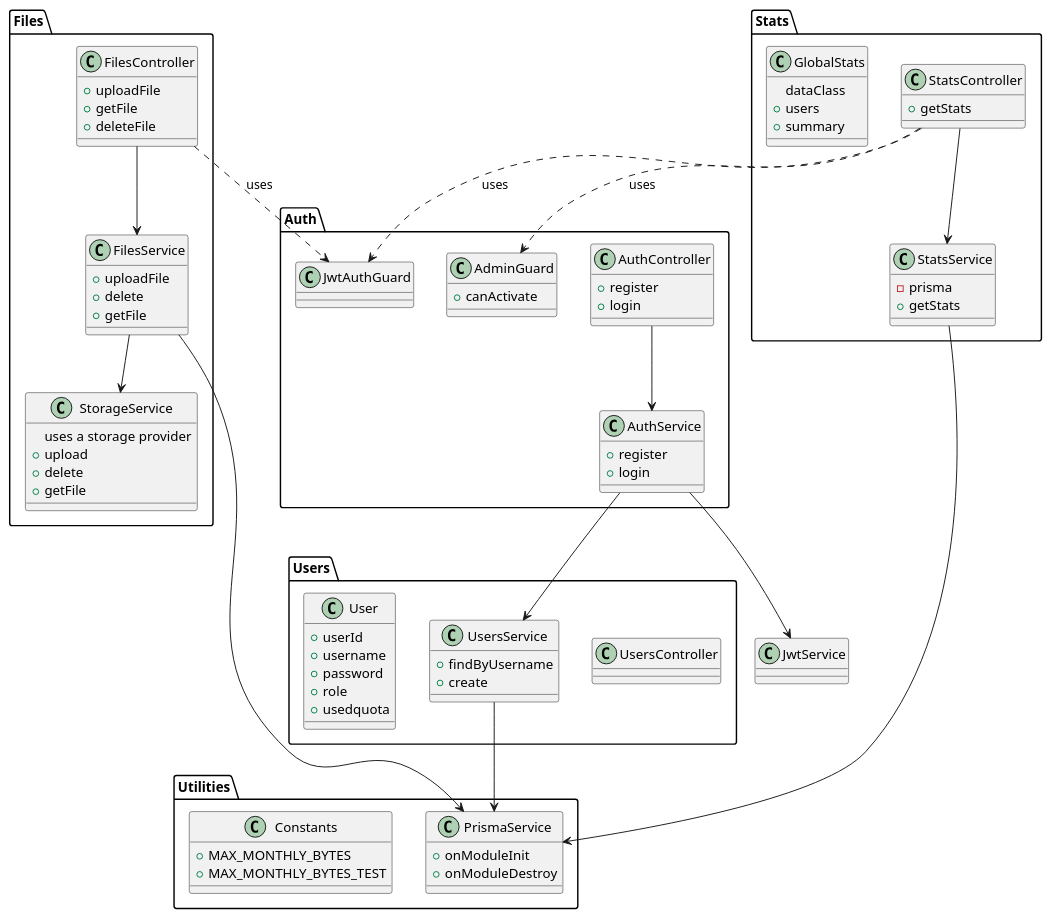
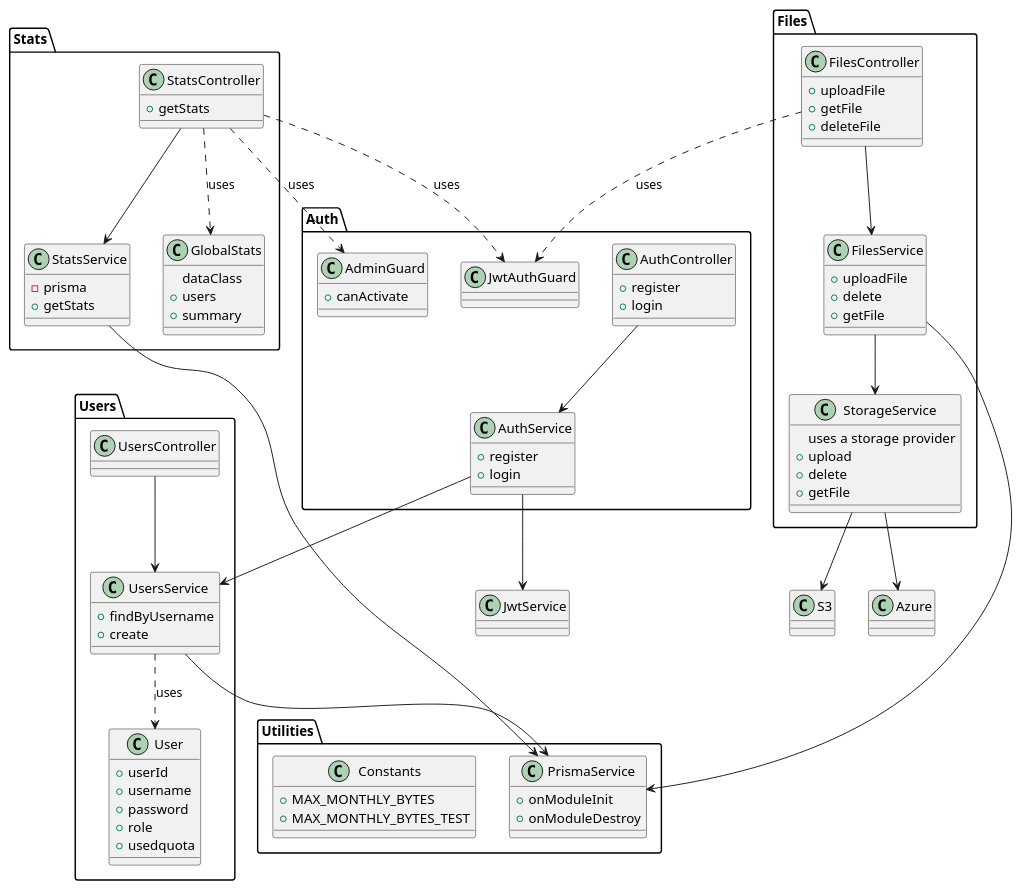
The diagram in src/uml/arch.puml (AAgustin9/cloud-file-storage), drawn with PlantUML before and after one commit.

Commit message:
diagrams2

```diff
--- a/src/uml/arch.puml
+++ b/src/uml/arch.puml
@@ -1,104 +1,109 @@
-@startuml "Cloud File Storage Architecture"
+@startuml
 
 
 package "Auth" {
   class AuthController {
     +register
     +login
   }
   
   class AuthService {
     +register
     +login
   }
   
   class AdminGuard {
     +canActivate
   }
   
   class JwtAuthGuard {
   }
 }
 
 package "Users" {
   class UsersController {
   }
   
   class UsersService {
     +findByUsername
     +create
   }
   
   class User {
     +userId
     +username
     +password
     +role
     +usedquota
   }
 }
 
 package "Files" {
   class FilesController {
     +uploadFile
     +getFile
     +deleteFile
   }
   
   class FilesService {
     +uploadFile
     +delete
     +getFile
   }
   
   class StorageService {
     uses a storage provider
     +upload
     +delete
     +getFile
   }
 }
 
 package "Stats" {
   class StatsController {
     +getStats
   }
   
   class StatsService {
     -prisma
     +getStats
   }
   
   class GlobalStats {
     dataClass
     +users
     +summary
   }
 }
 
 package "Utilities" {
   class PrismaService {
     +onModuleInit
     +onModuleDestroy
   }
   
   class Constants {
     +MAX_MONTHLY_BYTES
     +MAX_MONTHLY_BYTES_TEST
   }
 }
 
 AuthController --> AuthService
 AuthService --> UsersService
 AuthService --> JwtService
 StatsController --> StatsService
 StatsController ..> AdminGuard: uses
 StatsController ..> JwtAuthGuard: uses
+StatsController ..> GlobalStats: uses
 FilesController --> FilesService
 FilesController ..> JwtAuthGuard: uses
+UsersService ..> User: uses
+UsersController --> UsersService
 UsersService --> PrismaService
 FilesService --> StorageService
 FilesService --> PrismaService
 StatsService --> PrismaService
+StorageService --> S3
+StorageService --> Azure
 
 @enduml
```
